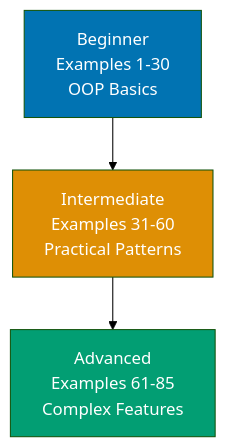
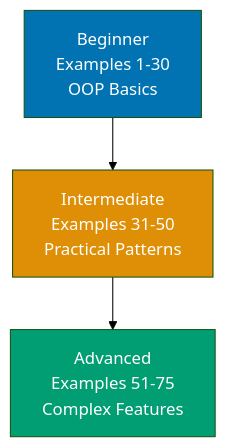
Before and after one commit to wahidyankf/open-sharia-enterprise: the diagram in apps/ayokoding-web/content/en/learn/software-engineering/programming-languages/java/tutorials/by-example/overview.md, drawn with Mermaid (forest theme). The commit also changed other lines of this file and 14 other files, not shown here.

````diff
--- a/apps/ayokoding-web/content/en/learn/software-engineering/programming-languages/java/tutorials/by-example/overview.md
+++ b/apps/ayokoding-web/content/en/learn/software-engineering/programming-languages/java/tutorials/by-example/overview.md
@@ -27,10 +27,10 @@
 ```mermaid
 %% Color Palette: Blue #0173B2, Orange #DE8F05, Teal #029E73, Purple #CC78BC, Brown #CA9161
 graph TD
-    A["Beginner<br/>Examples 1-30<br/>OOP Basics"] --> B["Intermediate<br/>Examples 31-60<br/>Practical Patterns"]
-    B --> C["Advanced<br/>Examples 61-85<br/>Complex Features"]
+    A["Beginner<br/>Examples 1-30<br/>OOP Basics"] --> B["Intermediate<br/>Examples 31-50<br/>Practical Patterns"]
+    B --> C["Advanced<br/>Examples 51-75<br/>Complex Features"]
 
     style A fill:#0173B2,color:#fff
     style B fill:#DE8F05,color:#fff
     style C fill:#029E73,color:#fff
 ```
````
